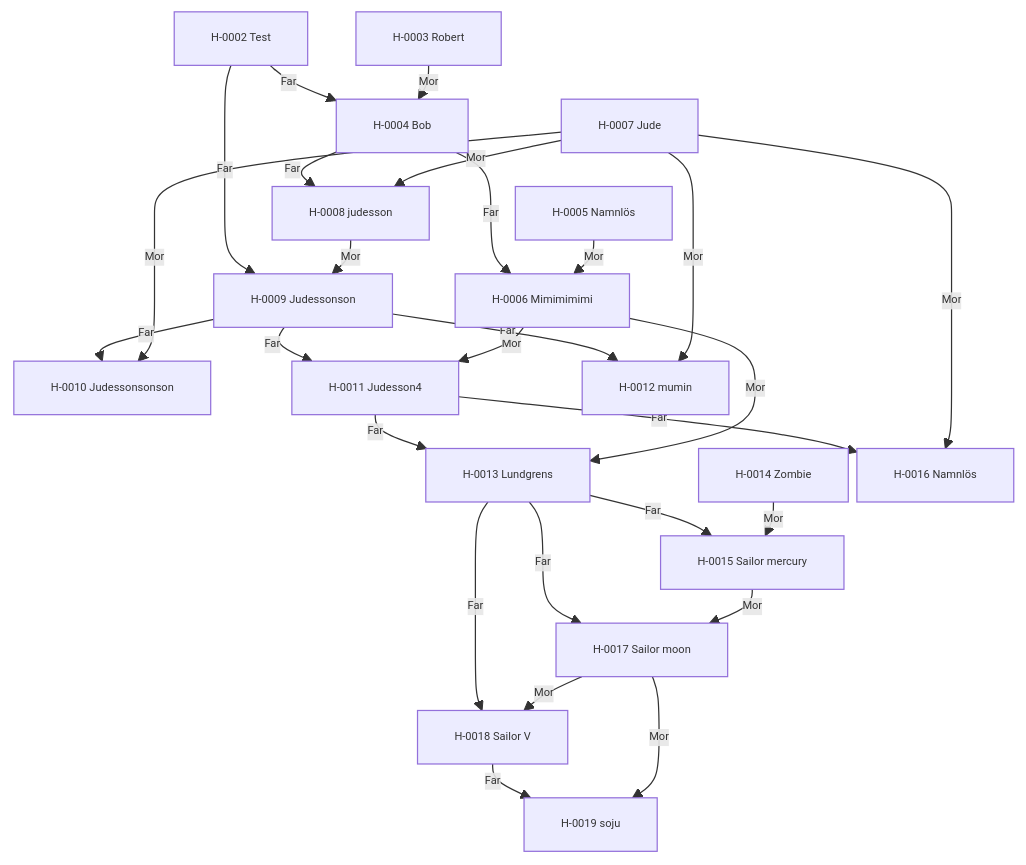
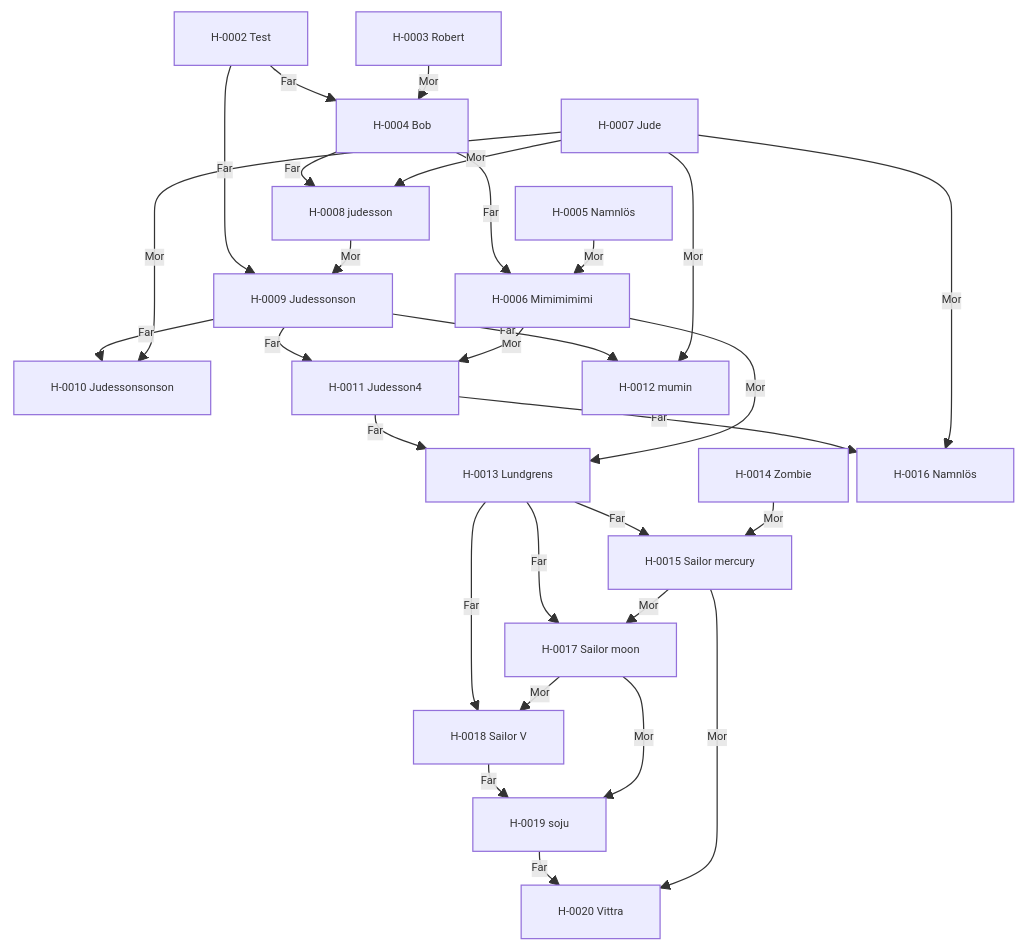
One commit to awoltmp/horse-registry changed the diagram in content/02. Register/02.3 Stamtavlor/Stamtavla H-0002.md. Above: the diagram before and after it, drawn with Mermaid. The commit also changed other lines of this file and 53 other files, not shown here.

````diff
--- a/content/02. Register/02.3 Stamtavlor/Stamtavla H-0002.md
+++ b/content/02. Register/02.3 Stamtavlor/Stamtavla H-0002.md
@@ -23,49 +23,52 @@
 ```mermaid
 %%{init: {"flowchart": {"nodeSpacing": 7, "rankSpacing": 14, "curve": "basis", "htmlLabels": true}, "themeVariables": {"fontSize": "9px"}}}%%
 flowchart TB
     h0["H-0002 Test"]
     h1["H-0003 Robert"]
     h2["H-0004 Bob"]
     h3["H-0005 Namnlös"]
     h4["H-0006 Mimimimimi"]
     h5["H-0007 Jude"]
     h6["H-0008 judesson"]
     h7["H-0009 Judessonson"]
     h8["H-0010 Judessonsonson"]
     h9["H-0011 Judesson4"]
     h10["H-0012 mumin"]
     h11["H-0013 Lundgrens"]
     h12["H-0014 Zombie"]
     h13["H-0015 Sailor mercury"]
     h14["H-0016 Namnlös"]
     h15["H-0017 Sailor moon"]
     h16["H-0018 Sailor V"]
     h17["H-0019 soju"]
+    h18["H-0020 Vittra"]
     h0 -->|Far| h2
     h1 -->|Mor| h2
     h2 -->|Far| h4
     h3 -->|Mor| h4
     h2 -->|Far| h6
     h5 -->|Mor| h6
     h0 -->|Far| h7
     h6 -->|Mor| h7
     h7 -->|Far| h8
     h5 -->|Mor| h8
     h7 -->|Far| h9
     h4 -->|Mor| h9
     h7 -->|Far| h10
     h5 -->|Mor| h10
     h9 -->|Far| h11
     h4 -->|Mor| h11
     h11 -->|Far| h13
     h12 -->|Mor| h13
     h9 -->|Far| h14
     h5 -->|Mor| h14
     h11 -->|Far| h15
     h13 -->|Mor| h15
     h11 -->|Far| h16
     h15 -->|Mor| h16
     h16 -->|Far| h17
     h15 -->|Mor| h17
-    class h0,h1,h2,h3,h4,h5,h6,h7,h8,h9,h10,h11,h12,h13,h14,h15,h16,h17 internal-link;
+    h17 -->|Far| h18
+    h13 -->|Mor| h18
+    class h0,h1,h2,h3,h4,h5,h6,h7,h8,h9,h10,h11,h12,h13,h14,h15,h16,h17,h18 internal-link;
 ```
````
